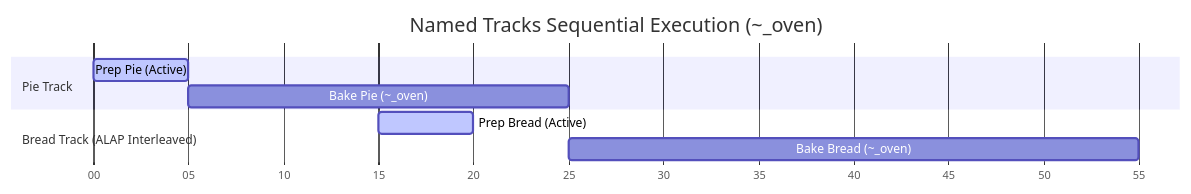
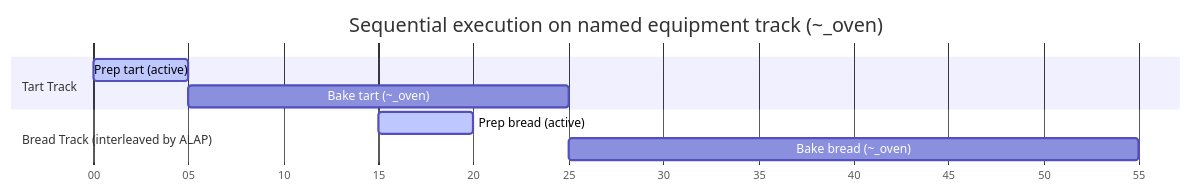
Before and after one commit to gram-lang/gram: the fifth of 5 diagrams in packages/docs/src/content/docs/docs/explanation/alap-scheduling.mdx, drawn with Mermaid. The commit also changed other lines of this file and 126 other files, not shown here.

````diff
--- a/packages/docs/src/content/docs/docs/explanation/alap-scheduling.mdx
+++ b/packages/docs/src/content/docs/docs/explanation/alap-scheduling.mdx
@@ -153,14 +154,14 @@
 ```mermaid
 gantt
-    title Named Tracks Sequential Execution (~_oven)
+    title Sequential execution on named equipment track (~_oven)
     dateFormat  m
     axisFormat %M
     
-    section Pie Track
-    Prep Pie (Active)            : active, p1, 0, 5m
-    Bake Pie (~_oven)            : p2, after p1, 20m
+    section Tart Track
+    Prep tart (active)                : active, p1, 0, 5m
+    Bake tart (~_oven)                : p2, after p1, 20m
     
-    section Bread Track (ALAP Interleaved)
-    Prep Bread (Active)          : active, b1, 15, 5m
-    Bake Bread (~_oven)          : b2, after p2, 30m
+    section Bread Track (interleaved by ALAP)
+    Prep bread (active)               : active, b1, 15, 5m
+    Bake bread (~_oven)               : b2, after p2, 30m
 ```
````
